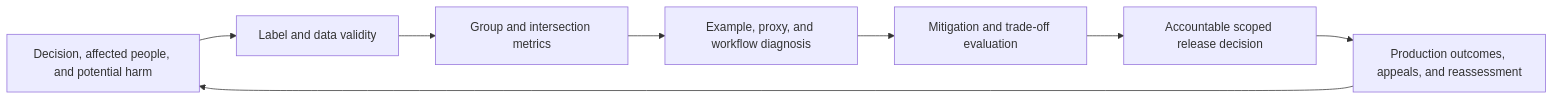
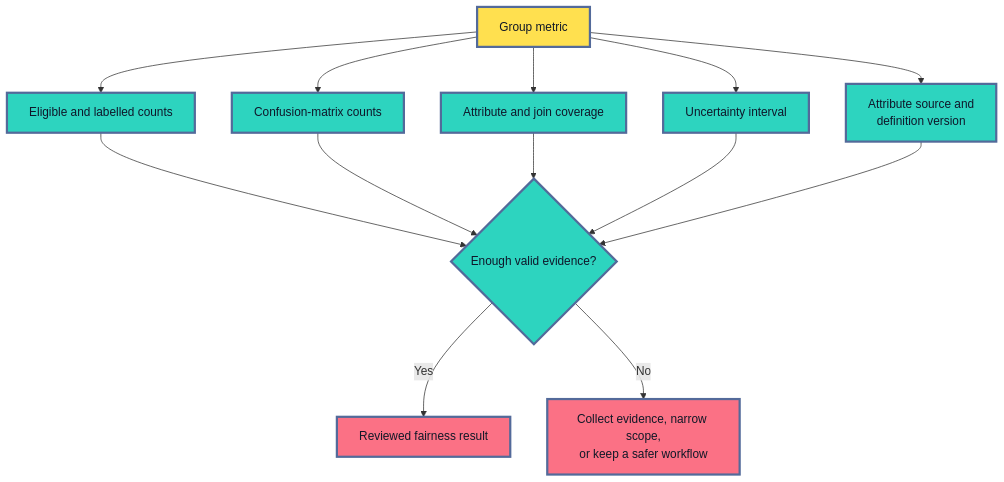
Before and after one commit to senlinyy/dev-roadmaps: the eighth of 14 diagrams in roadmaps/mlops/modules/model-evaluation/production-readiness/02-bias-fairness-responsible-evaluation.md, drawn with Mermaid. The commit also changed other lines of this file and 198 other files, not shown here.

````diff
--- a/roadmaps/mlops/modules/model-evaluation/production-readiness/02-bias-fairness-responsible-evaluation.md
+++ b/roadmaps/mlops/modules/model-evaluation/production-readiness/02-bias-fairness-responsible-evaluation.md
@@ -22,10 +542,22 @@
 ```mermaid
-flowchart LR
-    R["Decision, affected people, and potential harm"] --> L["Label and data validity"]
-    L --> G["Group and intersection metrics"]
-    G --> X["Example, proxy, and workflow diagnosis"]
-    X --> M["Mitigation and trade-off evaluation"]
-    M --> A["Accountable scoped release decision"]
-    A --> P["Production outcomes, appeals, and reassessment"]
-    P --> R
+flowchart TD
+    A["Group metric"] --> B["Eligible and labelled counts"]
+    A --> C["Confusion-matrix counts"]
+    A --> D["Attribute and join coverage"]
+    A --> E["Uncertainty interval"]
+    A --> F["Attribute source and<br/>definition version"]
+    B --> G{"Enough valid evidence?"}
+    C --> G
+    D --> G
+    E --> G
+    F --> G
+    G -->|"Yes"| H["Reviewed fairness result"]
+    G -->|"No"| I["Collect evidence, narrow scope,<br/>or keep a safer workflow"]
+
+    classDef metric fill:#FFE04F,stroke:#536A9A,stroke-width:3px,color:#111827
+    classDef evidence fill:#2DD4BF,stroke:#536A9A,stroke-width:3px,color:#0F172A
+    classDef decision fill:#FB7185,stroke:#536A9A,stroke-width:3px,color:#111827
+    class A metric
+    class B,C,D,E,F,G evidence
+    class H,I decision
 ```
````
